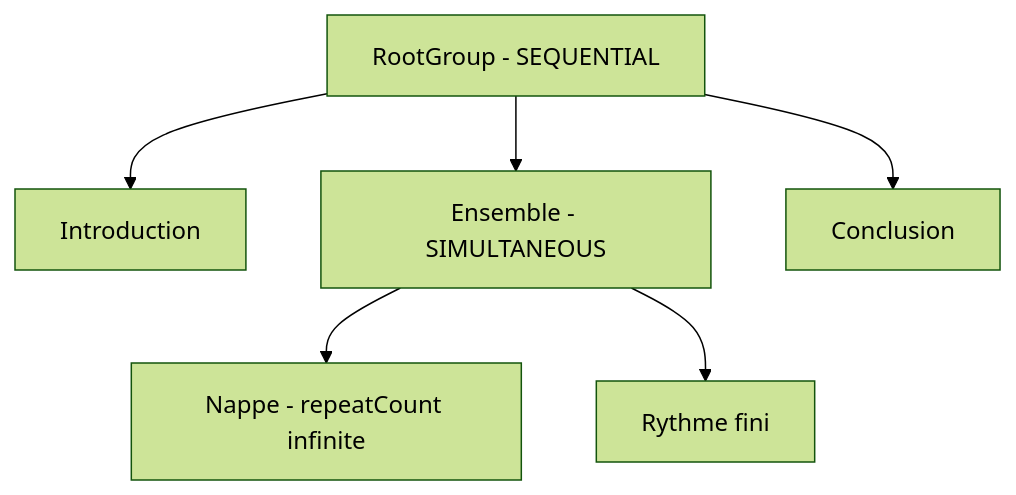
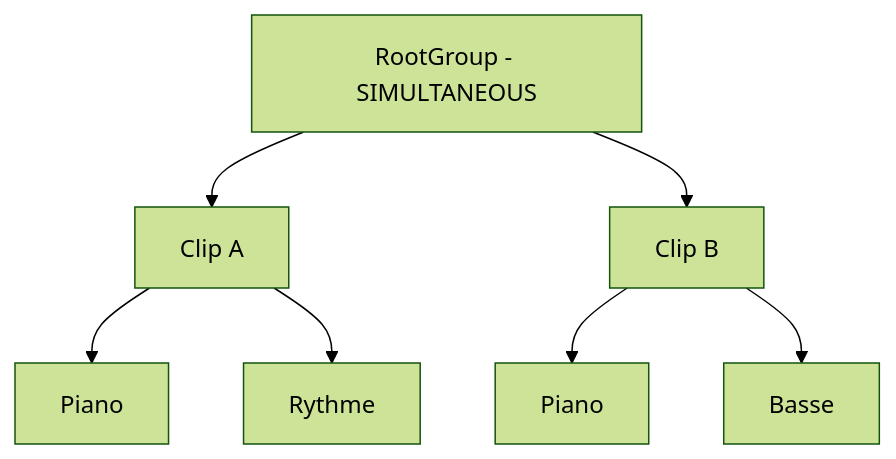
One commit to LucasBertrand/pianola-doc changed the fourth of 6 diagrams in etudes-de-cas.md. Above: the diagram before and after it, drawn with Mermaid (forest theme). The commit also changed other lines of this file, not shown here.

Commit message:
Align playback case studies with derived project timeline

````diff
--- a/etudes-de-cas.md
+++ b/etudes-de-cas.md
@@ -113,8 +112,9 @@
 ```mermaid
 flowchart TD
-    Root["RootGroup - SEQUENTIAL"] --> Intro["Introduction"]
-    Root --> Ensemble["Ensemble - SIMULTANEOUS"]
-    Root --> Conclusion["Conclusion"]
-    Ensemble --> Nappe["Nappe - repeatCount infinite"]
-    Ensemble --> Rythme["Rythme fini"]
+    Root["RootGroup - SIMULTANEOUS"] --> A["Clip A"]
+    Root --> B["Clip B"]
+    A --> AP["Piano"]
+    A --> AR["Rythme"]
+    B --> BP["Piano"]
+    B --> BB["Basse"]
 ```
````
